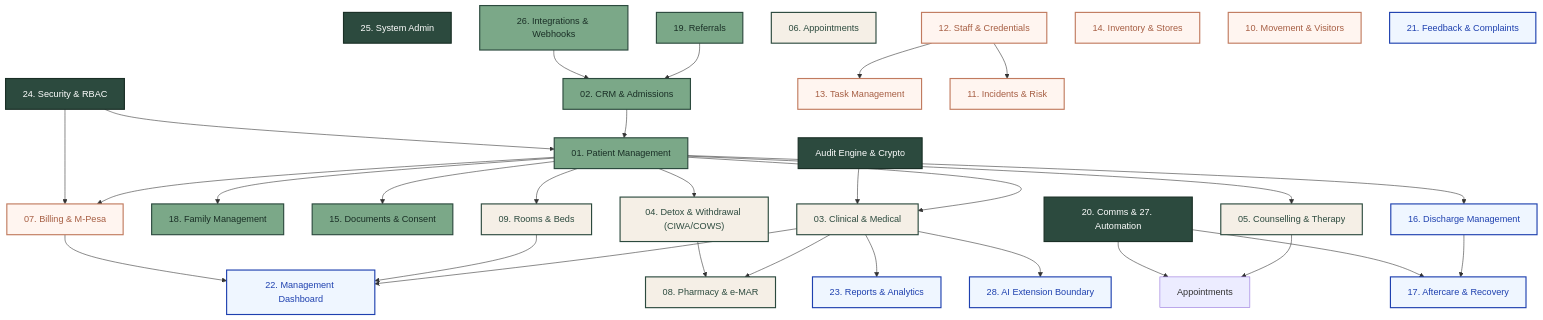
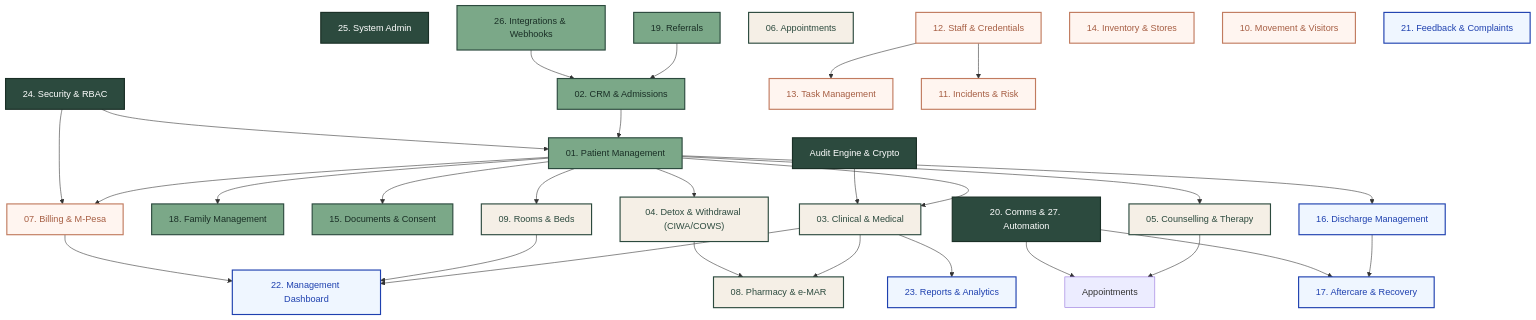
The second of 3 diagrams in docs/architecture.md (keemx1/Calyvia-Wellness-Center), drawn with Mermaid before and after one commit. The commit also changed other lines of this file and 20 other files, not shown here.

````diff
--- a/docs/architecture.md
+++ b/docs/architecture.md
@@ -186,74 +186,72 @@
 ```mermaid
 graph TD
     classDef foundation fill:#2C4A3E,stroke:#1A2F26,stroke-width:2px,color:#fff;
     classDef intake fill:#7BA888,stroke:#2C4A3E,stroke-width:2px,color:#1A2F26;
     classDef clinical fill:#F5EFE6,stroke:#2C4A3E,stroke-width:2px,color:#2C4A3E;
     classDef operations fill:#FFF5F0,stroke:#C17B5F,stroke-width:2px,color:#A65E43;
     classDef outputs fill:#EFF6FF,stroke:#1E40AF,stroke-width:2px,color:#1E40AF;
 
     Security["24. Security & RBAC"]:::foundation
     Audit["Audit Engine & Crypto"]:::foundation
     Comms["20. Comms & 27. Automation"]:::foundation
     SysAdmin["25. System Admin"]:::foundation
 
     CRM["02. CRM & Admissions"]:::intake
     Referral["19. Referrals"]:::intake
     Integrations["26. Integrations & Webhooks"]:::intake
     Patients["01. Patient Management"]:::intake
     Family["18. Family Management"]:::intake
     Docs["15. Documents & Consent"]:::intake
 
     Clinical["03. Clinical & Medical"]:::clinical
     Detox["04. Detox & Withdrawal (CIWA/COWS)"]:::clinical
     Therapy["05. Counselling & Therapy"]:::clinical
     Appts["06. Appointments"]:::clinical
     Rooms["09. Rooms & Beds"]:::clinical
     Pharmacy["08. Pharmacy & e-MAR"]:::clinical
 
     Billing["07. Billing & M-Pesa"]:::operations
     Staff["12. Staff & Credentials"]:::operations
     Tasks["13. Task Management"]:::operations
     Inventory["14. Inventory & Stores"]:::operations
     Movement["10. Movement & Visitors"]:::operations
     Incidents["11. Incidents & Risk"]:::operations
 
     Discharge["16. Discharge Management"]:::outputs
     Aftercare["17. Aftercare & Recovery"]:::outputs
     Feedback["21. Feedback & Complaints"]:::outputs
     Dashboard["22. Management Dashboard"]:::outputs
     Reports["23. Reports & Analytics"]:::outputs
-    AiExt["28. AI Extension Boundary"]:::outputs
 
     Security --> Patients
     Security --> Billing
     Audit --> Clinical
     Comms --> Appointments
     Comms --> Aftercare
 
     Integrations --> CRM
     Referral --> CRM
     CRM --> Patients
     Patients --> Family
     Patients --> Docs
     Patients --> Rooms
     Patients --> Clinical
     Patients --> Detox
     Patients --> Therapy
     Patients --> Billing
     
     Detox --> Pharmacy
     Clinical --> Pharmacy
     Therapy --> Appointments
     
     Patients --> Discharge
     Discharge --> Aftercare
     
     Staff --> Tasks
     Staff --> Incidents
     
     Billing --> Dashboard
     Rooms --> Dashboard
     Clinical --> Dashboard
     Clinical --> Reports
-    Clinical --> AiExt
 ```
````
